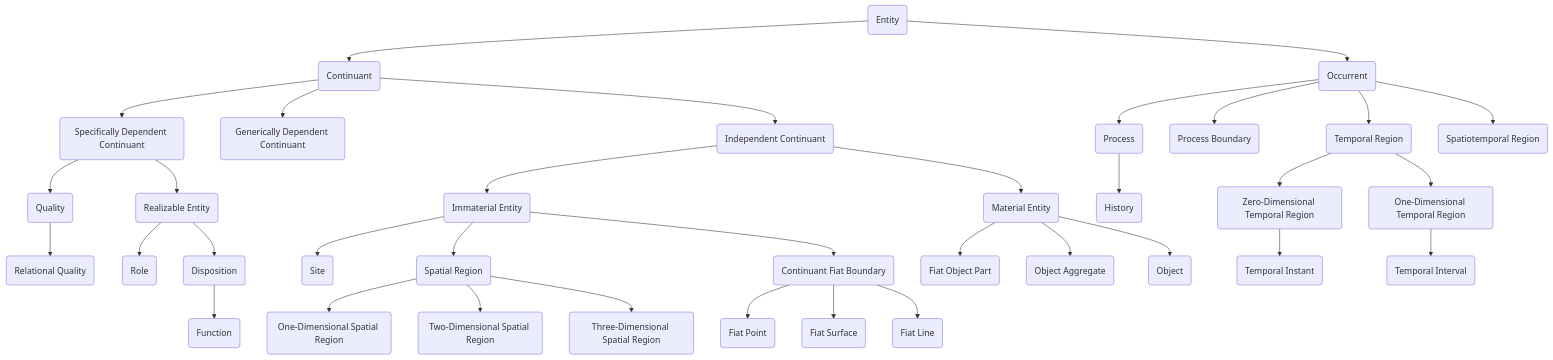
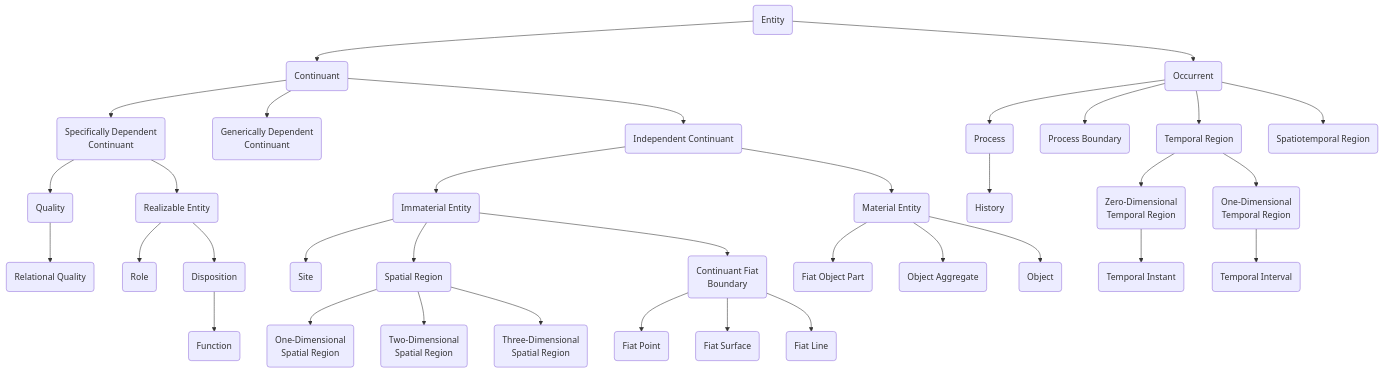
Before and after one commit to Time-Profile-Project/BFO.github.io: the diagram in README.md, drawn with Mermaid.

````diff
--- a/README.md
+++ b/README.md
@@ -3,37 +3,37 @@
 ```mermaid
 graph TD
     A(Entity) --> B(Continuant)
     A(Entity) --> C(Occurrent)
-    B(Continuant) --> D(Specifically Dependent Continuant)
-    B(Continuant) --> E(Generically Dependent Continuant)
+    B(Continuant) --> D(Specifically Dependent<br> Continuant)
+    B(Continuant) --> E(Generically Dependent<br> Continuant)
     B(Continuant) --> F(Independent Continuant)
     F(Independent Continuant) --> G(Material Entity)
     F(Independent Continuant) --> H(Immaterial Entity)
-    D(Specifically Dependent Continuant) --> I(Quality)
-    D(Specifically Dependent Continuant) --> J(Realizable Entity)
+    D(Specifically Dependent<br> Continuant) --> I(Quality)
+    D(Specifically Dependent<br> Continuant) --> J(Realizable Entity)
     I(Quality) --> K(Relational Quality)
     J(Realizable Entity) --> L(Role)
     J(Realizable Entity) --> M(Disposition)
     M(Disposition) --> N(Function)
     H(Immaterial Entity) --> O(Site)
     H(Immaterial Entity) --> P(Spatial Region)
     H(Immaterial Entity) --> Q(Continuant Fiat Boundary)
-    Q(Continuant Fiat Boundary) --> R(Fiat Point)
-    Q(Continuant Fiat Boundary) --> S(Fiat Surface)
-    Q(Continuant Fiat Boundary) --> T(Fiat Line)
-    P(Spatial Region) --> U(One-Dimensional Spatial Region)
-    P(Spatial Region) --> V(Two-Dimensional Spatial Region)
-    P(Spatial Region) --> W(Three-Dimensional Spatial Region)
+    Q(Continuant Fiat<br> Boundary) --> R(Fiat Point)
+    Q(Continuant Fiat<br> Boundary) --> S(Fiat Surface)
+    Q(Continuant Fiat<br> Boundary) --> T(Fiat Line)
+    P(Spatial Region) --> U(One-Dimensional<br> Spatial Region)
+    P(Spatial Region) --> V(Two-Dimensional<br> Spatial Region)
+    P(Spatial Region) --> W(Three-Dimensional<br> Spatial Region)
     G(Material Entity) --> X(Fiat Object Part)
     G(Material Entity) --> Y(Object Aggregate)
     G(Material Entity) --> Z(Object)
     C(Occurrent) --> AA(Process)
     C(Occurrent) --> AB(Process Boundary)
     C(Occurrent) --> AC(Temporal Region)
     C(Occurrent) --> AD(Spatiotemporal Region)
     AA(Process) --> AE(History)
-    AC(Temporal Region) --> AF(Zero-Dimensional Temporal Region)
-    AC(Temporal Region) --> AI(One-Dimensional Temporal Region)
-    AF(Zero-Dimensional Temporal Region) --> AG(Temporal Instant)
-    AI(One-Dimensional Temporal Region) --> AH(Temporal Interval)
+    AC(Temporal Region) --> AF(Zero-Dimensional<br> Temporal Region)
+    AC(Temporal Region) --> AI(One-Dimensional<br> Temporal Region)
+    AF(Zero-Dimensional<br> Temporal Region) --> AG(Temporal Instant)
+    AI(One-Dimensional<br> Temporal Region) --> AH(Temporal Interval)
    ```
````
